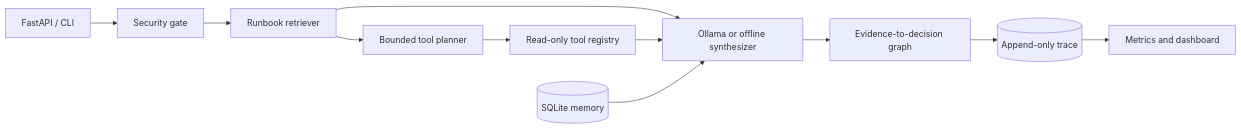
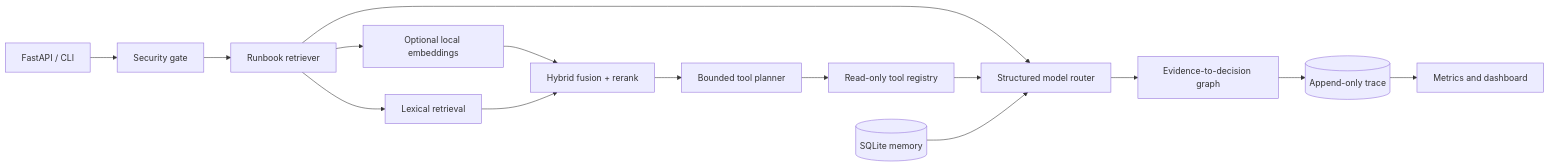
The diagram in docs/architecture.md (gbemidaniel100-bot/Aegis_Forge), drawn with Mermaid before and after one commit. The commit also changed 15 other files, not shown here.

Commit message:
feat: ship hybrid rag and structured decisions

````diff
--- a/docs/architecture.md
+++ b/docs/architecture.md
@@ -5,13 +5,17 @@
 ```mermaid
 flowchart LR
   HTTP[FastAPI / CLI] --> Guard[Security gate]
   Guard --> Retrieve[Runbook retriever]
-  Retrieve --> Plan[Bounded tool planner]
+  Retrieve --> Dense[Optional local embeddings]
+  Retrieve --> Sparse[Lexical retrieval]
+  Dense --> Fuse[Hybrid fusion + rerank]
+  Sparse --> Fuse
+  Fuse --> Plan[Bounded tool planner]
   Plan --> Tools[Read-only tool registry]
   Retrieve --> Model[Ollama or offline synthesizer]
-  Tools --> Model
+  Tools --> Model[Structured model router]
   Memory[(SQLite memory)] --> Model
   Model --> Decision[Evidence-to-decision graph]
   Decision --> Trace[(Append-only trace)]
   Trace --> Metrics[Metrics and dashboard]
 ```
````
